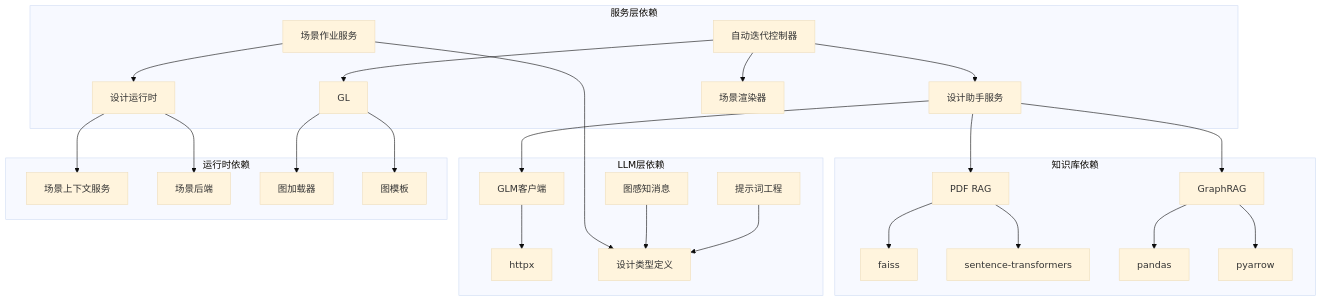
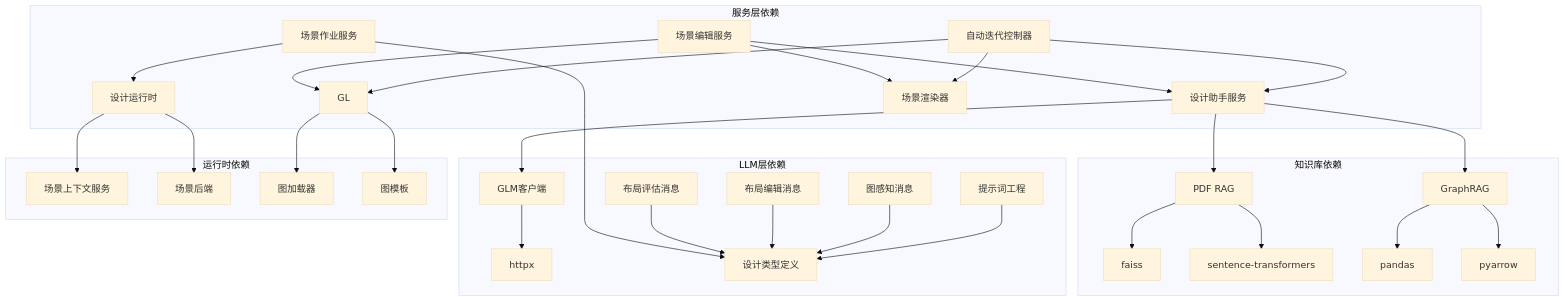
Diagram 11 of 11 in .qoder/repowiki/zh/content/Web界面系统/LLM集成系统/LLM集成系统.md (wsqstar/RoadGen3D), drawn with Mermaid (base theme) before and after one commit. The commit also changed other lines of this file and 5 other files, not shown here.

````diff
--- a/.qoder/repowiki/zh/content/Web界面系统/LLM集成系统/LLM集成系统.md
+++ b/.qoder/repowiki/zh/content/Web界面系统/LLM集成系统/LLM集成系统.md
@@ -460,30 +534,35 @@
 ```mermaid
 graph TB
 subgraph "LLM层依赖"
 GLM[GLM客户端] --> HTTPX[httpx]
 PROMPT[提示词工程] --> DESIGN_TYPES[设计类型定义]
 GAMSG[图感知消息] --> DESIGN_TYPES
+LEMSG[布局编辑消息] --> DESIGN_TYPES
+LEMMSG[布局评估消息] --> DESIGN_TYPES
 end
 subgraph "知识库依赖"
 PDFRAG[PDF RAG] --> FAISS[faiss]
 PDFRAG --> SENTENCE_TRANSFORMERS[sentence-transformers]
 GRAPH[GraphRAG] --> PANDAS[pandas]
 GRAPH --> PYARROW[pyarrow]
 end
 subgraph "服务层依赖"
 DAS[设计助手服务] --> GLM
 DAS --> PDFRAG
 DAS --> GRAPH
 SJS[场景作业服务] --> DESIGN_RUNTIME[设计运行时]
 SJS --> DESIGN_TYPES
 AIC[自动迭代控制器] --> DAS
 AIC --> GL
 AIC --> SR[场景渲染器]
+SES[场景编辑服务] --> DAS
+SES --> GL
+SES --> SR
 end
 subgraph "运行时依赖"
 DESIGN_RUNTIME --> SCENE_CONTEXT[场景上下文服务]
 DESIGN_RUNTIME --> SCENE_BACKENDS[场景后端]
 GL --> GRAPH_LOADER[图加载器]
 GL --> GRAPH_TEMPLATE[图模板]
 end
 ```
````
